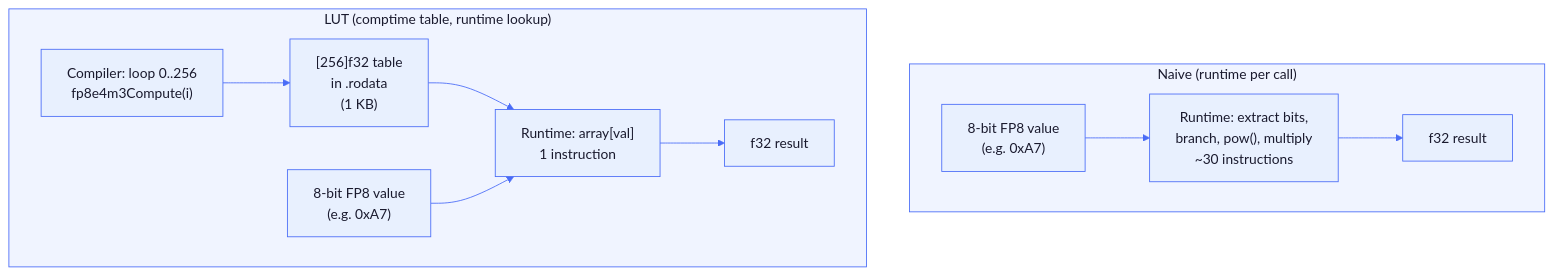
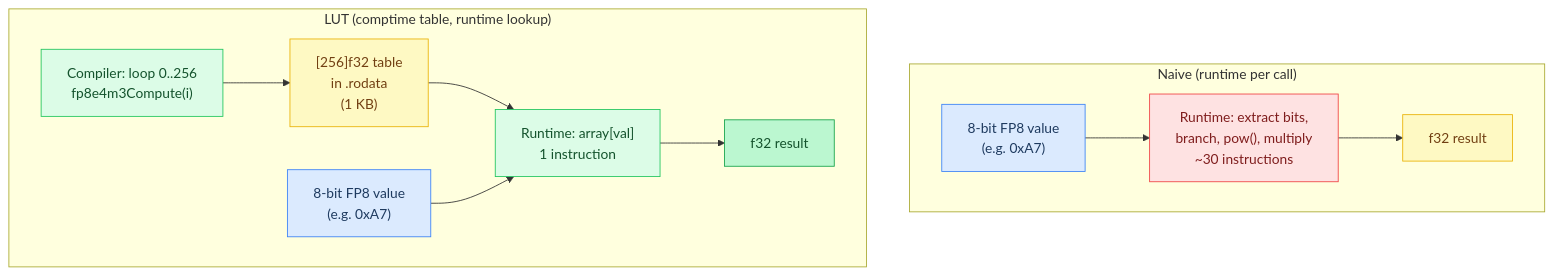
One commit to maci0/agave changed the second of 7 diagrams in docs/tutorial/appendix-compile-time.md. Above: the diagram before and after it, drawn with Mermaid. The commit also changed other lines of this file and 24 other files, not shown here.

First line of the commit message:
docs: convert all mermaid diagrams to classDef semantic colors

````diff
--- a/docs/tutorial/appendix-compile-time.md
+++ b/docs/tutorial/appendix-compile-time.md
@@ -63,39 +63,42 @@
 ```mermaid
-%%{init: {'theme': 'base', 'themeVariables': {
-  'primaryColor': '#e8f0fe',
-  'primaryTextColor': '#1a1a2e',
-  'primaryBorderColor': '#4a6cf7',
-  'lineColor': '#4a6cf7',
-  'secondaryColor': '#f0f4ff',
-  'tertiaryColor': '#f8f9ff',
-  'edgeLabelBackground': '#ffffff',
-  'clusterBkg': '#f0f4ff',
-  'clusterBorder': '#4a6cf7',
-  'titleColor': '#1a1a2e',
-  'nodeTextColor': '#1a1a2e',
-  'fontFamily': 'ui-monospace, SFMono-Regular, monospace'
-}}}%%
 flowchart TD
-    NaiveInput["8-bit FP8 value\n(e.g. 0xA7)"] --> NaiveOps["Runtime: extract bits,\nbranch, pow(), multiply\n~30 instructions"]
-    NaiveOps --> NaiveOut["f32 result"]
+    classDef setup     fill:#dbeafe,stroke:#3b82f6,color:#1e3a5f
+    classDef sync      fill:#dcfce7,stroke:#22c55e,color:#14532d
+    classDef migration fill:#fef9c3,stroke:#eab308,color:#713f12
+    classDef success   fill:#bbf7d0,stroke:#16a34a,color:#14532d
+    classDef danger    fill:#fee2e2,stroke:#ef4444,color:#7f1d1d
+    classDef optional  fill:#f3e8ff,stroke:#9333ea,color:#581c87
 
-    ComptimeLoop["Compiler: loop 0..256\nfp8e4m3Compute(i)"] --> LUT["[256]f32 table\nin .rodata\n(1 KB)"]
-    LUT --> LUTLookup["Runtime: array[val]\n1 instruction"]
-    FastInput["8-bit FP8 value\n(e.g. 0xA7)"] --> LUTLookup
-    LUTLookup --> FastOut["f32 result"]
+    NaiveInput["8-bit FP8 value\n(e.g. 0xA7)"]:::setup
+    NaiveOps["Runtime: extract bits,\nbranch, pow(), multiply\n~30 instructions"]:::danger
+    NaiveOut["f32 result"]:::migration
+
+    ComptimeLoop["Compiler: loop 0..256\nfp8e4m3Compute(i)"]:::sync
+    LUT["[256]f32 table\nin .rodata\n(1 KB)"]:::migration
+    FastInput["8-bit FP8 value\n(e.g. 0xA7)"]:::setup
+    LUTLookup["Runtime: array[val]\n1 instruction"]:::sync
+    FastOut["f32 result"]:::success
+
+    NaiveInput --> NaiveOps
+    NaiveOps --> NaiveOut
+
+    ComptimeLoop --> LUT
+    LUT --> LUTLookup
+    FastInput --> LUTLookup
+    LUTLookup --> FastOut
 
     subgraph Naive["Naive (runtime per call)"]
         NaiveInput
         NaiveOps
         NaiveOut
     end
 
     subgraph LUTPath["LUT (comptime table, runtime lookup)"]
         ComptimeLoop
         LUT
         FastInput
         LUTLookup
         FastOut
     end
 
 ```
````
